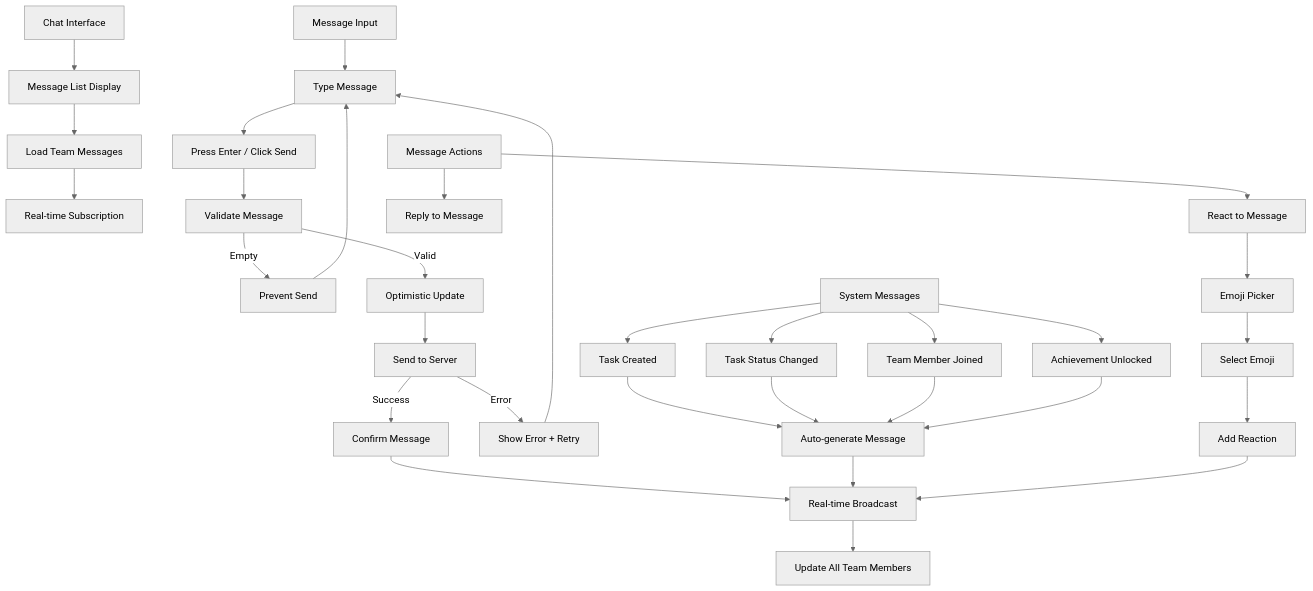
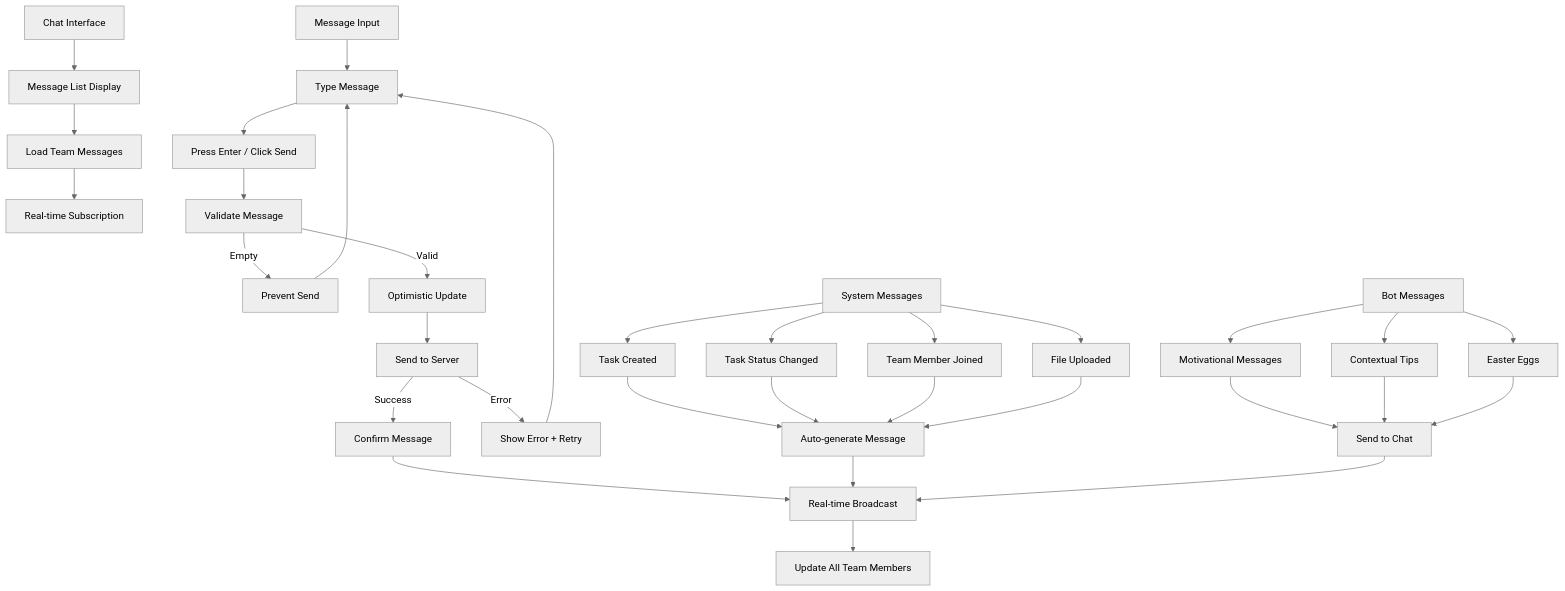
One commit to ictinus0222/hackerDen changed the fifth of 17 diagrams in UX_FLOWCHART.md. Above: the diagram before and after it, drawn with Mermaid (neutral theme). The commit also changed other lines of this file and 13 other files, not shown here.

````diff
--- a/UX_FLOWCHART.md
+++ b/UX_FLOWCHART.md
@@ -188,40 +206,41 @@
 ```mermaid
 graph TD
     A[Chat Interface] --> B[Message List Display]
     B --> C[Load Team Messages]
     C --> D[Real-time Subscription]
     
     E[Message Input] --> F[Type Message]
     F --> G[Press Enter / Click Send]
     G --> H[Validate Message]
     H -->|Empty| I[Prevent Send]
     H -->|Valid| J[Optimistic Update]
     J --> K[Send to Server]
     K -->|Success| L[Confirm Message]
     K -->|Error| M[Show Error + Retry]
     
     L --> N[Real-time Broadcast]
     N --> O[Update All Team Members]
     
     P[System Messages] --> Q[Task Created]
     P --> R[Task Status Changed]
     P --> S[Team Member Joined]
-    P --> T[Achievement Unlocked]
+    P --> T[File Uploaded]
     
     Q --> U[Auto-generate Message]
     R --> U
     S --> U
     T --> U
     U --> N
     
-    V[Message Actions] --> W[React to Message]
-    V --> X[Reply to Message]
+    V[Bot Messages] --> W[Motivational Messages]
+    V --> X[Contextual Tips]
+    V --> Y[Easter Eggs]
     
-    W --> Y[Emoji Picker]
-    Y --> Z[Select Emoji]
-    Z --> AA[Add Reaction]
-    AA --> N
+    W --> Z[Send to Chat]
+    X --> Z
+    Y --> Z
+    Z --> N
     
     I --> F
     M --> F
 ```
````
